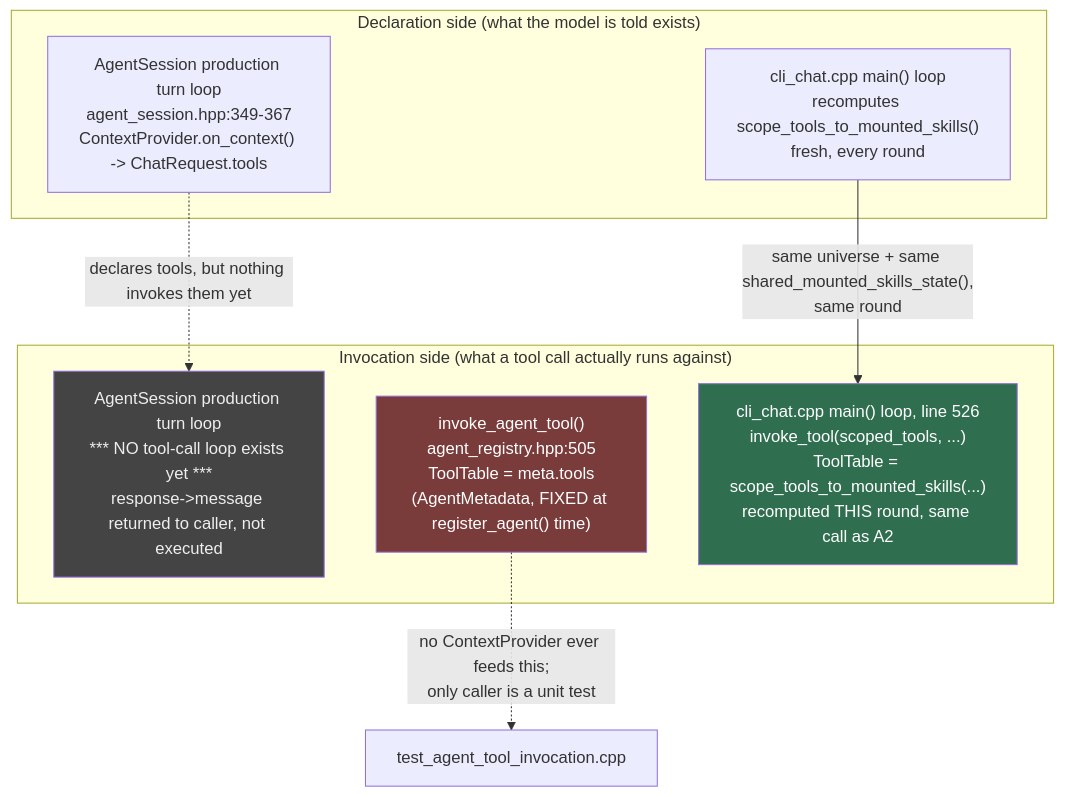
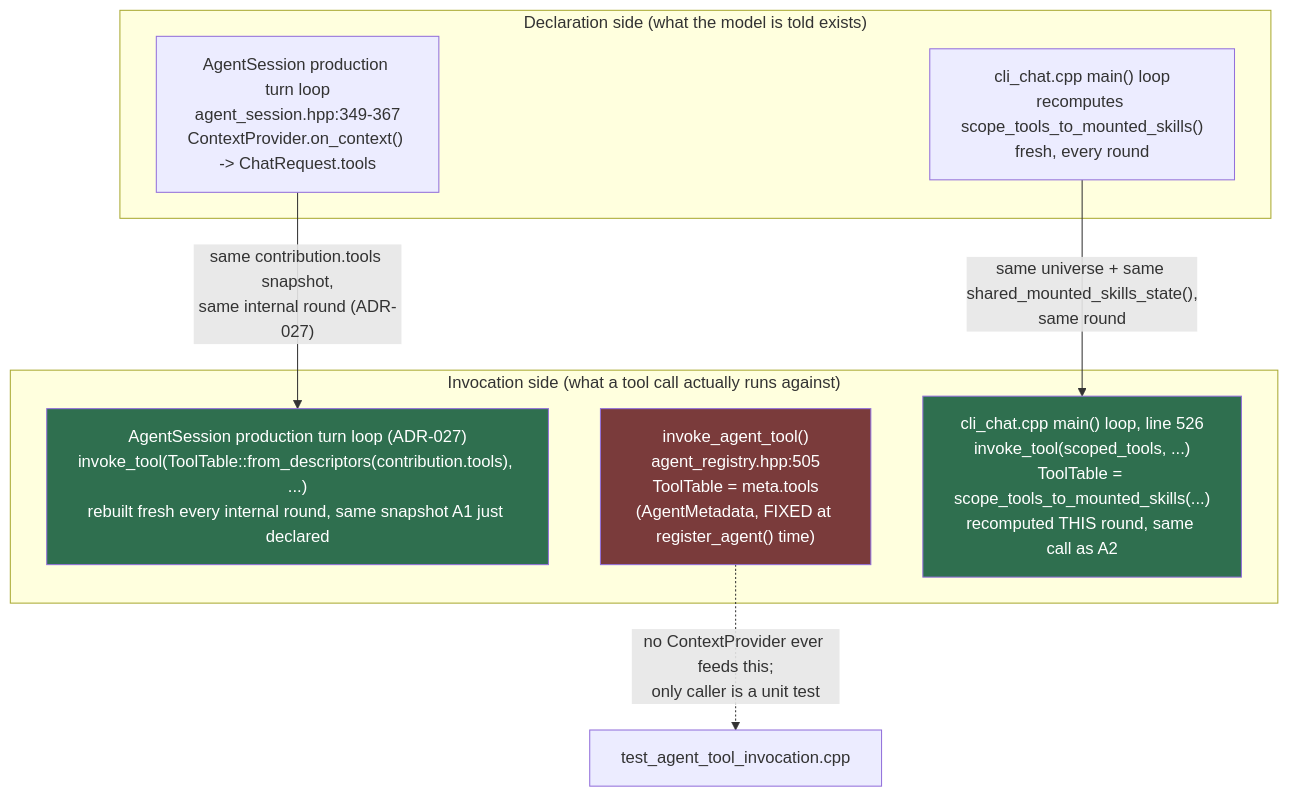
The second of 3 diagrams in docs/architecture/tool-and-skill-context-and-invocation.md (thnak/AgentEngine), drawn with Mermaid before and after one commit. The commit also changed other lines of this file and 11 other files, not shown here.

````diff
--- a/docs/architecture/tool-and-skill-context-and-invocation.md
+++ b/docs/architecture/tool-and-skill-context-and-invocation.md
@@ -71,21 +78,21 @@
 ```mermaid
 flowchart TB
     subgraph Declare["Declaration side (what the model is told exists)"]
         A1["AgentSession production turn loop\nagent_session.hpp:349-367\nContextProvider.on_context() -> ChatRequest.tools"]
         A2["cli_chat.cpp main() loop\nrecomputes scope_tools_to_mounted_skills()\nfresh, every round"]
     end
 
     subgraph Invoke["Invocation side (what a tool call actually runs against)"]
-        B1["AgentSession production turn loop\n*** NO tool-call loop exists yet ***\nresponse->message returned to caller, not executed"]
+        B1["AgentSession production turn loop (ADR-027)\ninvoke_tool(ToolTable::from_descriptors(contribution.tools), ...)\nrebuilt fresh every internal round, same snapshot A1 just declared"]
         B2["invoke_agent_tool()\nagent_registry.hpp:505\nToolTable = meta.tools\n(AgentMetadata, FIXED at register_agent<A>() time)"]
         B3["cli_chat.cpp main() loop, line 526\ninvoke_tool(scoped_tools, ...)\nToolTable = scope_tools_to_mounted_skills(...)\nrecomputed THIS round, same call as A2"]
     end
 
-    A1 -.->|"declares tools, but nothing invokes them yet"| B1
+    A1 -->|"same contribution.tools snapshot,\nsame internal round (ADR-027)"| B1
     A2 -->|"same universe + same shared_mounted_skills_state(),\nsame round"| B3
     B2 -.->|"no ContextProvider ever feeds this;\nonly caller is a unit test"| Test["test_agent_tool_invocation.cpp"]
 
-    style B1 fill:#444,color:#eee
+    style B1 fill:#2f6f4f,color:#fff
     style B2 fill:#7a3b3b,color:#fff
     style B3 fill:#2f6f4f,color:#fff
 ```
````
